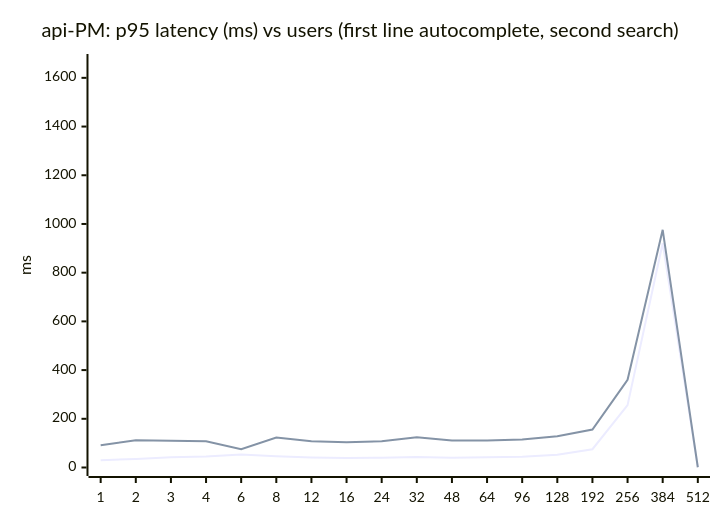
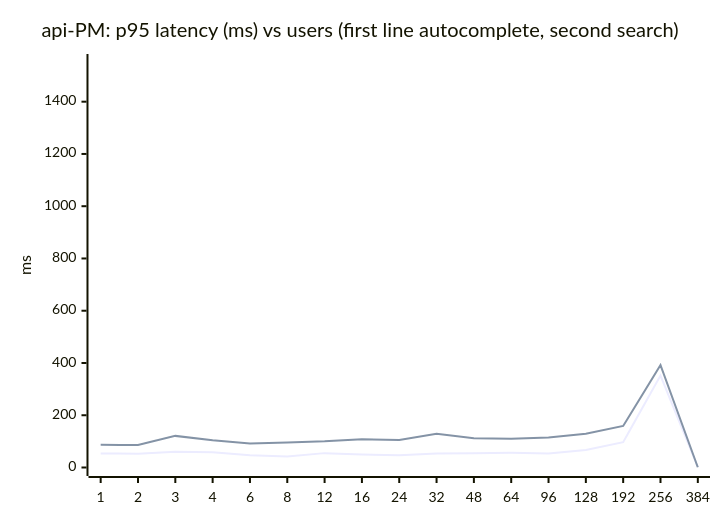
Before and after one commit to johnzastrow/pgeo: the fifth of 13 diagrams in docs/LOAD_TEST_RESULTS_PGEO.md, drawn with Mermaid. The commit also changed other lines of this file and 3 other files, not shown here.

````diff
--- a/docs/LOAD_TEST_RESULTS_PGEO.md
+++ b/docs/LOAD_TEST_RESULTS_PGEO.md
@@ -158,8 +151,8 @@
 ```mermaid
 xychart-beta
     title "api-PM: p95 latency (ms) vs users (first line autocomplete, second search)"
-    x-axis [1, 2, 3, 4, 6, 8, 12, 16, 24, 32, 48, 64, 96, 128, 192, 256, 384, 512]
-    y-axis "ms" 0 --> 1663
-    line [30, 35, 42, 45, 53, 46, 41, 39, 40, 43, 40, 42, 44, 52, 75, 256, 921, 1,439]
-    line [91, 112, 110, 108, 75, 123, 108, 104, 108, 124, 111, 111, 115, 128, 156, 360, 976, 1,512]
+    x-axis [1, 2, 3, 4, 6, 8, 12, 16, 24, 32, 48, 64, 96, 128, 192, 256, 384]
+    y-axis "ms" 0 --> 1550
+    line [54, 53, 60, 58, 47, 42, 55, 50, 47, 54, 55, 56, 54, 67, 97, 352, 1,354]
+    line [87, 86, 121, 104, 92, 96, 100, 108, 105, 129, 112, 110, 115, 129, 159, 392, 1,410]
 ```
````
